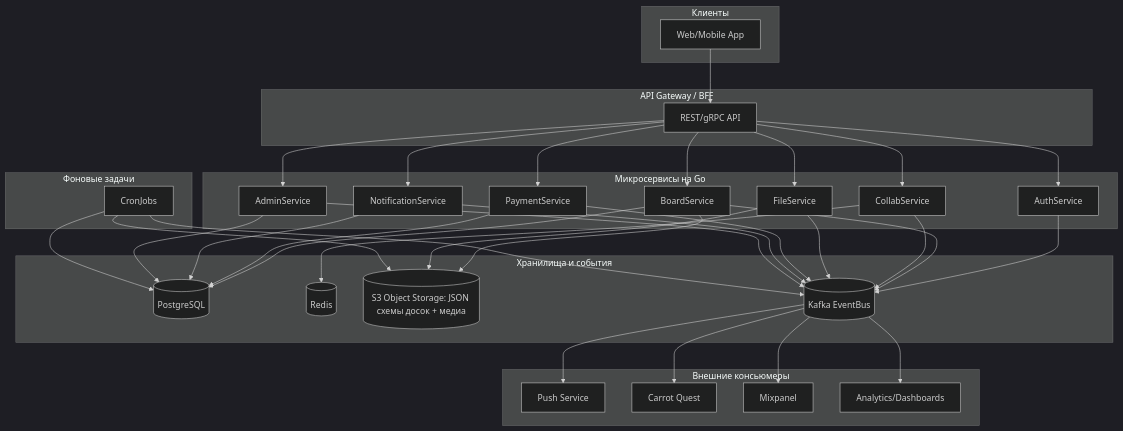
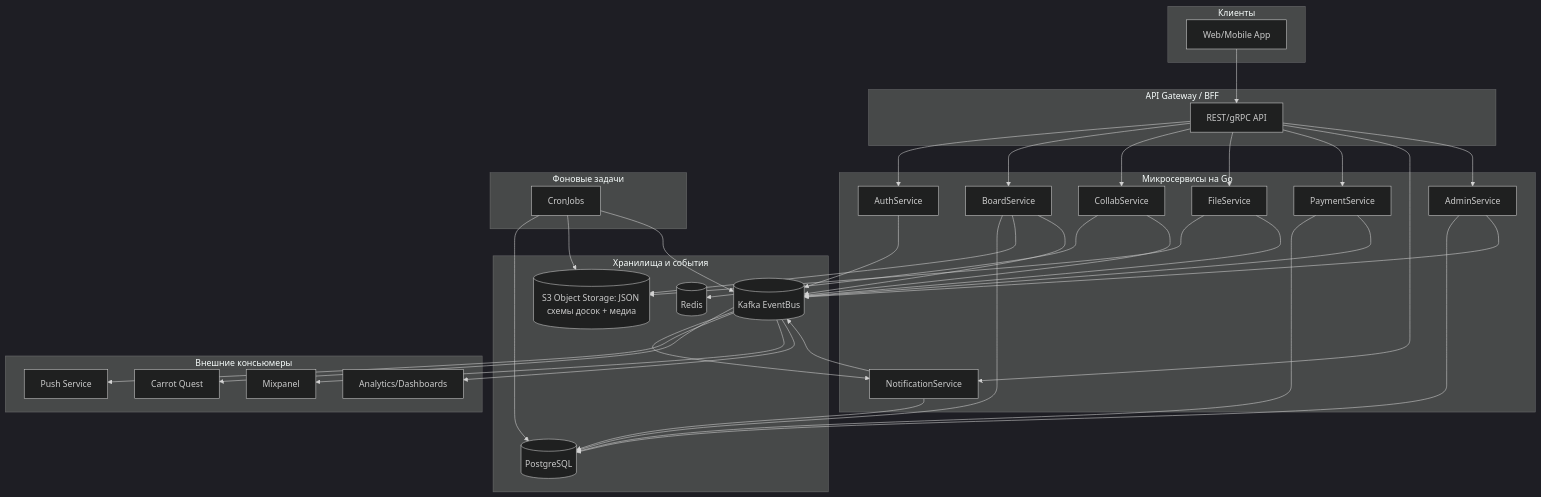
The diagram in Проектирование-ИС/02-Структура-системы/README.md (dvsnin/interactive-whiteboard-docs), drawn with Mermaid (dark theme) before and after one commit.

Commit message:
[Проектирование-ИС] fix

````diff
--- a/Проектирование-ИС/02-Структура-системы/README.md
+++ b/Проектирование-ИС/02-Структура-системы/README.md
@@ -30,75 +30,78 @@
 ```mermaid
 flowchart TB
     subgraph Client[Клиенты]
         A[Web/Mobile App]
     end
 
     subgraph Gateway[API Gateway / BFF]
         G1[REST/gRPC API]
     end
 
     subgraph Services[Микросервисы на Go]
         S1[AuthService]
         S2[BoardService]
         S3[CollabService]
         S4[FileService]
         S5[PaymentService]
         S6[NotificationService]
         S7[AdminService]
     end
 
     subgraph Infra[Фоновые задачи]
         CJ[CronJobs]
     end
 
     subgraph Data[Хранилища и события]
         D1[(PostgreSQL)]
         D2[(Redis)]
         D3[(S3 Object Storage: JSON схемы досок + медиа)]
         D4[(Kafka EventBus)]
     end
 
     subgraph Consumers[Внешние консьюмеры]
         C1[Push Service]
         C2[Carrot Quest]
         C3[Mixpanel]
         C4[Analytics/Dashboards]
     end
 
     A --> G1
     G1 --> S1
     G1 --> S2
     G1 --> S3
     G1 --> S4
     G1 --> S5
     G1 --> S6
     G1 --> S7
 
     S2 --> D1
     S3 --> D2
     S2 --> D3
     S4 --> D3
     S5 --> D1
     S6 --> D1
     S7 --> D1
 
     %% Kafka как общий EventBus
     S1 --> D4
     S2 --> D4
     S3 --> D4
     S4 --> D4
     S5 --> D4
     S6 --> D4
     S7 --> D4
 
+    %% NotificationService также читает события из Kafka (outbox-паттерн)
+    D4 --> S6
+
     %% CronJobs работают с БД, Kafka и S3
     CJ --> D1
     CJ --> D3
     CJ --> D4
 
-    %% Консьюмеры Kafka
+    %% Консьюмеры Kafka во внешние системы
     D4 --> C1
     D4 --> C2
     D4 --> C3
     D4 --> C4
 ```
````
